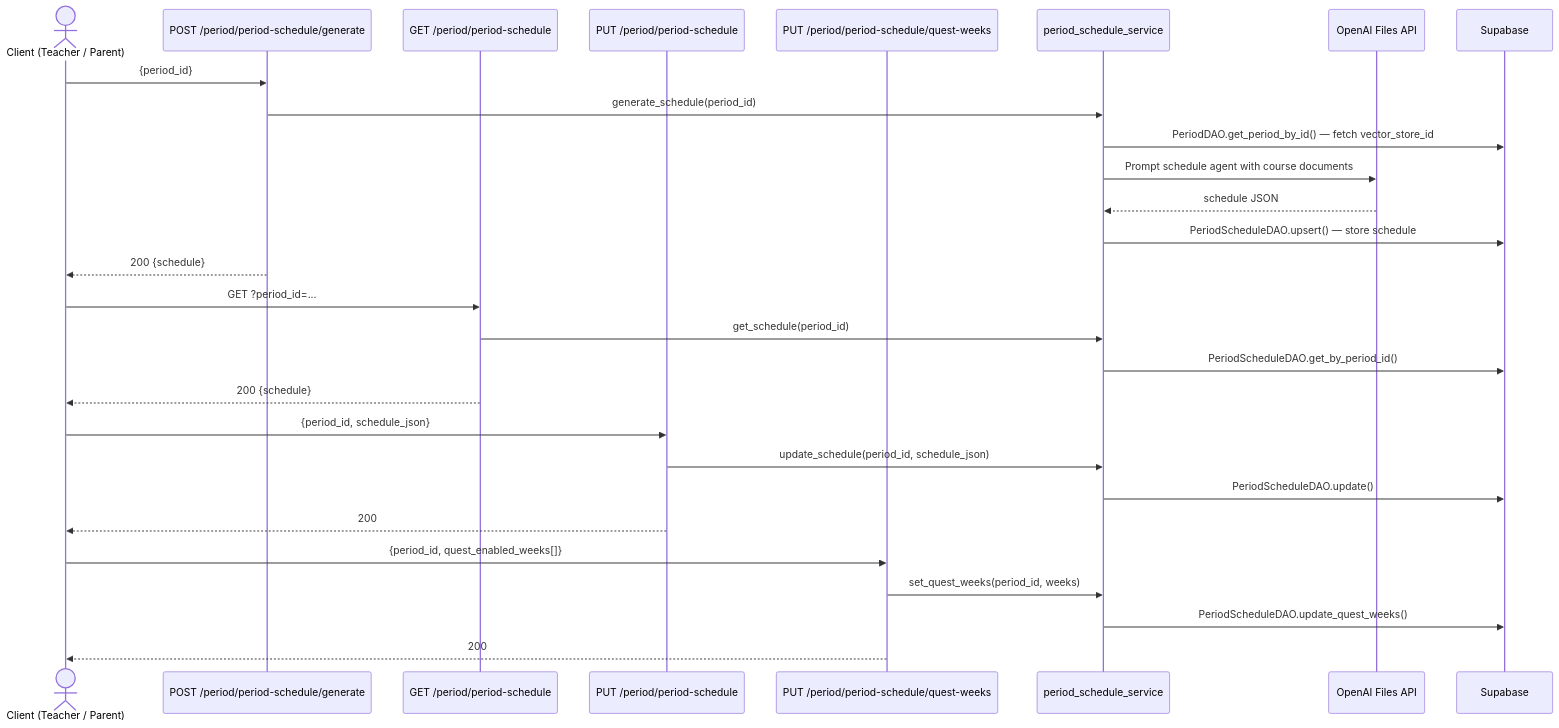
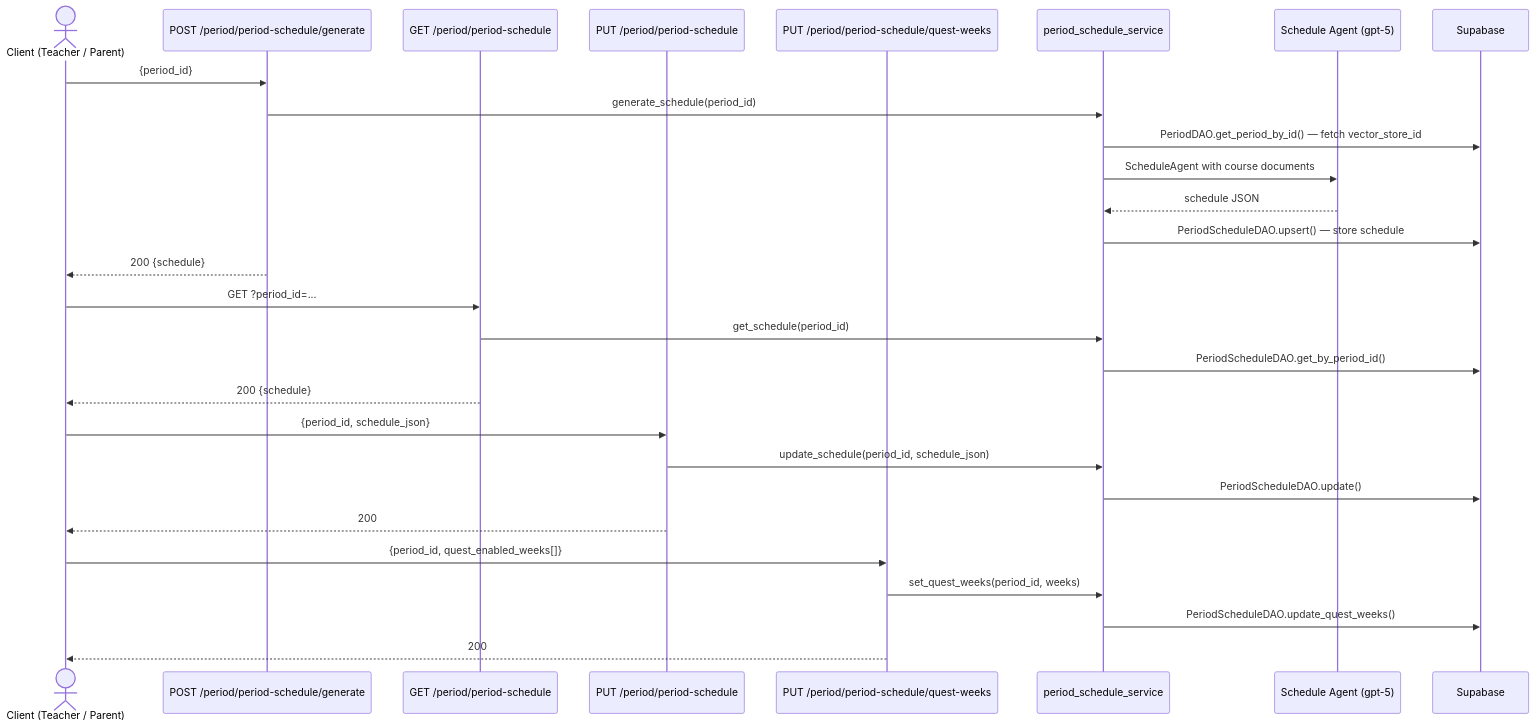
Before and after one commit to EduQuest-AI-Inc/eduquest-backend: diagram 14 of 22 in ARCHITECTURE.md, drawn with Mermaid. The commit also changed other lines of this file, not shown here.

````diff
--- a/ARCHITECTURE.md
+++ b/ARCHITECTURE.md
@@ -370,34 +375,34 @@
 ```mermaid
 sequenceDiagram
     actor T as Client (Teacher / Parent)
     participant R1 as POST /period/period-schedule/generate
     participant R2 as GET  /period/period-schedule
     participant R3 as PUT  /period/period-schedule
     participant R4 as PUT  /period/period-schedule/quest-weeks
     participant S as period_schedule_service
-    participant OAI as OpenAI Files API
+    participant AI as Schedule Agent (gpt-5)
     participant DB as Supabase
 
     T->>R1: {period_id}
     R1->>S: generate_schedule(period_id)
     S->>DB: PeriodDAO.get_period_by_id()  — fetch vector_store_id
-    S->>OAI: Prompt schedule agent with course documents
-    OAI-->>S: schedule JSON
+    S->>AI: ScheduleAgent with course documents
+    AI-->>S: schedule JSON
     S->>DB: PeriodScheduleDAO.upsert()  — store schedule
     R1-->>T: 200  {schedule}
 
     T->>R2: GET ?period_id=...
     R2->>S: get_schedule(period_id)
     S->>DB: PeriodScheduleDAO.get_by_period_id()
     R2-->>T: 200  {schedule}
 
     T->>R3: {period_id, schedule_json}
     R3->>S: update_schedule(period_id, schedule_json)
     S->>DB: PeriodScheduleDAO.update()
     R3-->>T: 200
 
     T->>R4: {period_id, quest_enabled_weeks[]}
     R4->>S: set_quest_weeks(period_id, weeks)
     S->>DB: PeriodScheduleDAO.update_quest_weeks()
     R4-->>T: 200
 ```
````
